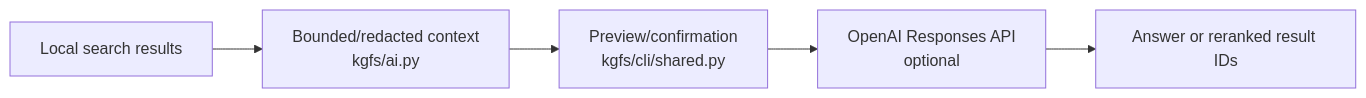
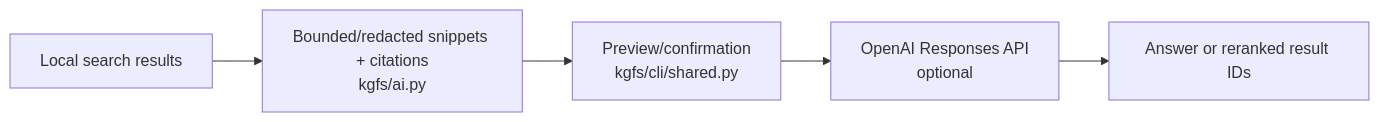
Before and after one commit to Kgray44/KG-File-Search: the seventh of 7 diagrams in docs/architecture.md, drawn with Mermaid. The commit also changed other lines of this file and 25 other files, not shown here.

Commit message:
feat: add local investigation search modes

````diff
--- a/docs/architecture.md
+++ b/docs/architecture.md
@@ -264,7 +291,7 @@
 ```mermaid
 flowchart LR
-    Local["Local search results"] --> Context["Bounded/redacted context\nkgfs/ai.py"]
+    Local["Local search results"] --> Context["Bounded/redacted snippets + citations\nkgfs/ai.py"]
     Context --> Preview["Preview/confirmation\nkgfs/cli/shared.py"]
     Preview --> OpenAI["OpenAI Responses API\noptional"]
     OpenAI --> Output["Answer or reranked result IDs"]
 ```
````
